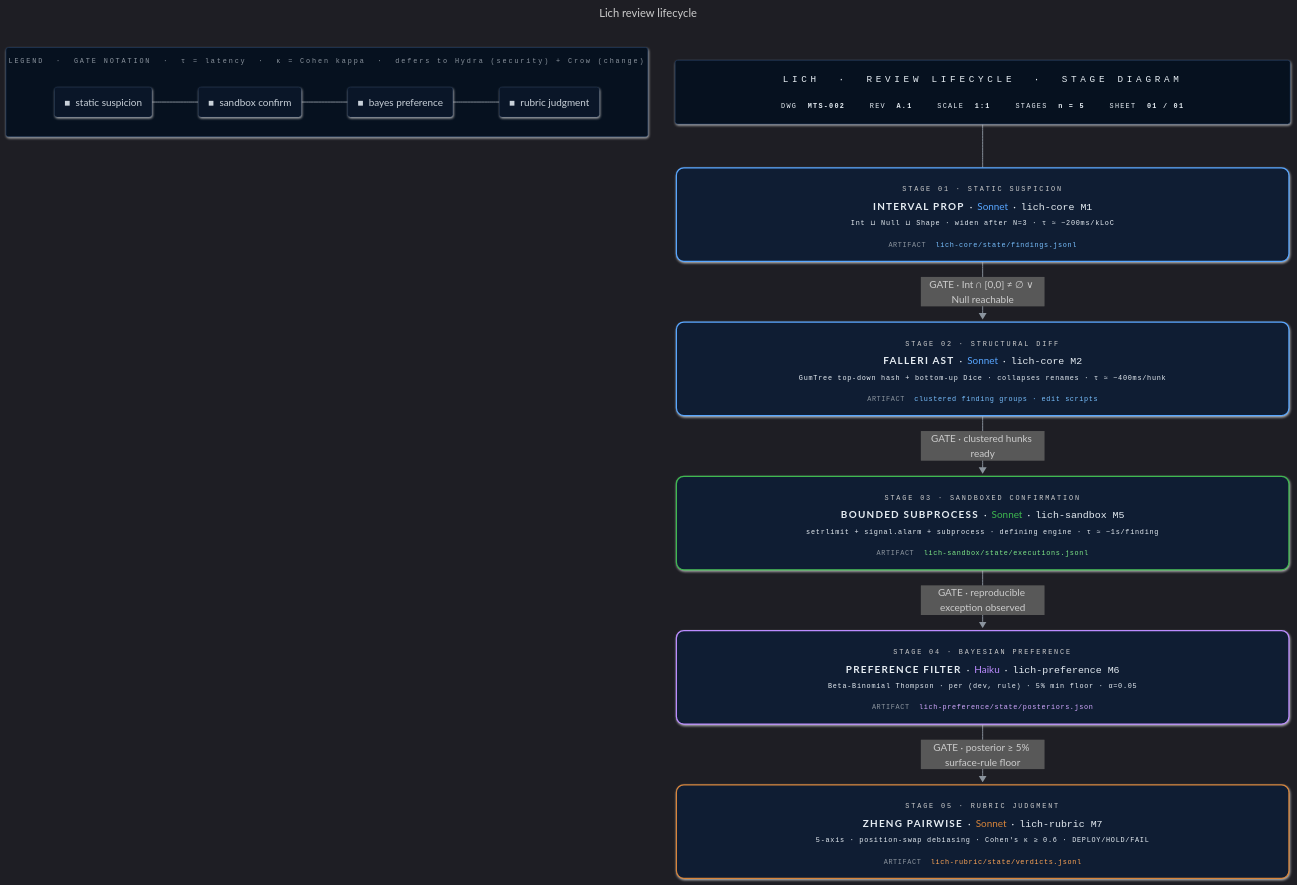
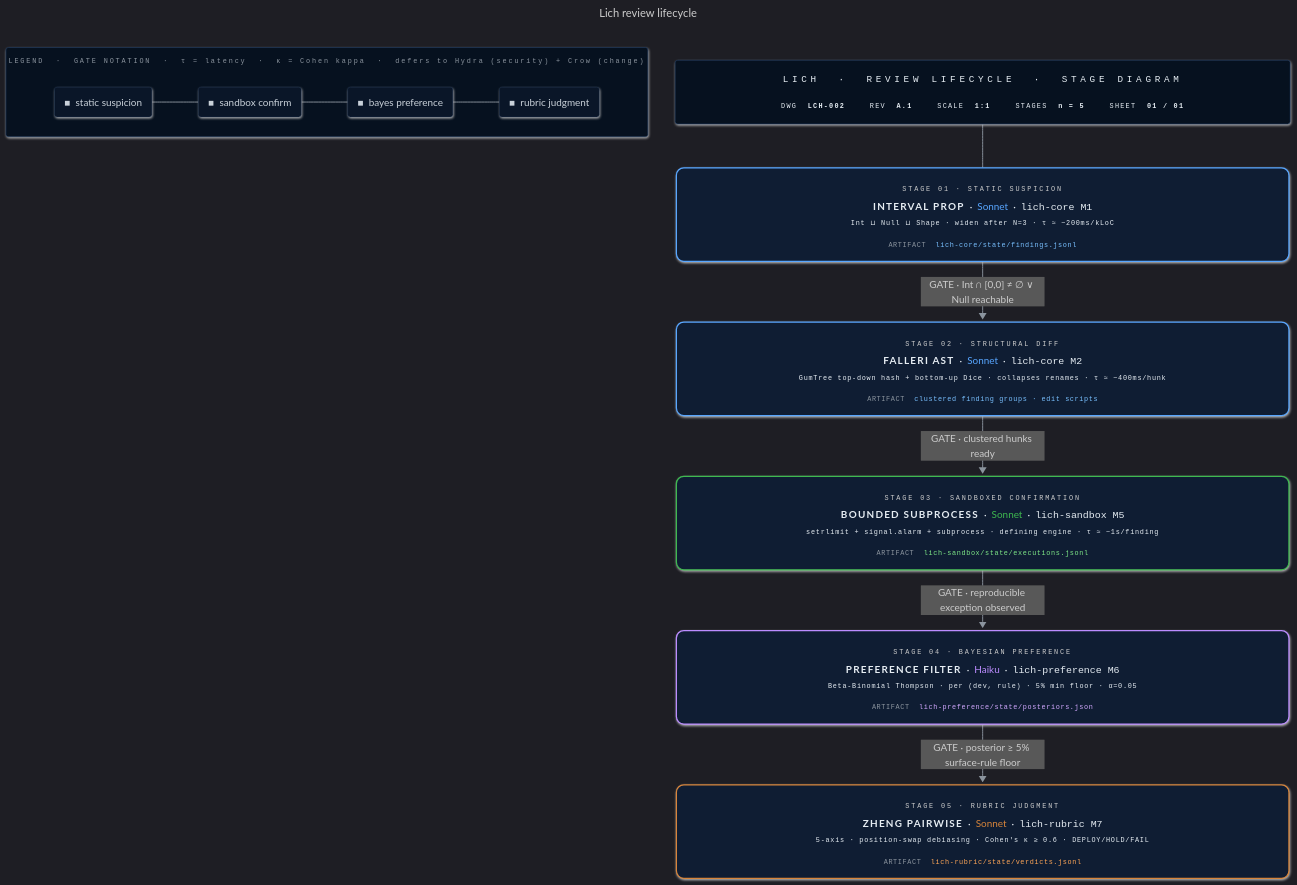
The diagram in docs/assets/lifecycle.mmd (enchanted-plugins/lich), drawn with Mermaid before and after one commit. The commit also changed 2 other files, not shown here.

Commit message:
fix: update old 3-letter drawing codes in .mmd title blocks

```diff
--- a/docs/assets/lifecycle.mmd
+++ b/docs/assets/lifecycle.mmd
@@ -1,54 +1,54 @@
 ---
 title: Lich review lifecycle
 config:
   look: neo
   theme: dark
   flowchart:
     curve: basis
     padding: 18
     nodeSpacing: 44
     rankSpacing: 50
     htmlLabels: true
     subGraphTitleMargin:
       top: 14
       bottom: 18
 ---
 flowchart TB
-    TitleBlock["<div style='font-family:ui-monospace,SFMono-Regular,Consolas,monospace;text-align:center;min-width:940px;padding:6px 10px;line-height:1.8'><div style='color:#58a6ff;font-size:15px;letter-spacing:6px;border-bottom:1px solid #1e3a5f;padding-bottom:10px;margin-bottom:10px'>LICH &nbsp;·&nbsp; REVIEW&nbsp;LIFECYCLE &nbsp;·&nbsp; STAGE&nbsp;DIAGRAM</div><div style='display:flex;gap:40px;justify-content:center;font-size:11px;color:#8b949e;letter-spacing:2px'><span>DWG&nbsp;&nbsp;<b style='color:#e6edf3'>MTS-002</b></span><span>REV&nbsp;&nbsp;<b style='color:#e6edf3'>A.1</b></span><span>SCALE&nbsp;&nbsp;<b style='color:#e6edf3'>1:1</b></span><span>STAGES&nbsp;&nbsp;<b style='color:#e6edf3'>n&nbsp;=&nbsp;5</b></span><span>SHEET&nbsp;&nbsp;<b style='color:#e6edf3'>01&nbsp;/&nbsp;01</b></span></div></div>"]
+    TitleBlock["<div style='font-family:ui-monospace,SFMono-Regular,Consolas,monospace;text-align:center;min-width:940px;padding:6px 10px;line-height:1.8'><div style='color:#58a6ff;font-size:15px;letter-spacing:6px;border-bottom:1px solid #1e3a5f;padding-bottom:10px;margin-bottom:10px'>LICH &nbsp;·&nbsp; REVIEW&nbsp;LIFECYCLE &nbsp;·&nbsp; STAGE&nbsp;DIAGRAM</div><div style='display:flex;gap:40px;justify-content:center;font-size:11px;color:#8b949e;letter-spacing:2px'><span>DWG&nbsp;&nbsp;<b style='color:#e6edf3'>LCH-002</b></span><span>REV&nbsp;&nbsp;<b style='color:#e6edf3'>A.1</b></span><span>SCALE&nbsp;&nbsp;<b style='color:#e6edf3'>1:1</b></span><span>STAGES&nbsp;&nbsp;<b style='color:#e6edf3'>n&nbsp;=&nbsp;5</b></span><span>SHEET&nbsp;&nbsp;<b style='color:#e6edf3'>01&nbsp;/&nbsp;01</b></span></div></div>"]
 
     A["<div style='text-align:center;min-width:940px;line-height:2;padding:4px 8px'><div><span style='font-family:ui-monospace,monospace;color:#8b949e;font-size:11px;letter-spacing:3px'>STAGE&nbsp;01&nbsp;·&nbsp;STATIC&nbsp;SUSPICION</span></div><div style='line-height:1.8'><b style='letter-spacing:2px'>INTERVAL&nbsp;PROP</b>&nbsp;&nbsp;·&nbsp;&nbsp;<span style='color:#58a6ff'>Sonnet</span>&nbsp;&nbsp;·&nbsp;&nbsp;<code style='color:#e6edf3'>lich-core&nbsp;M1</code></div><div style='color:#6e7681;font-size:11px;font-family:ui-monospace,monospace;letter-spacing:1.2px'>Int&nbsp;⊔&nbsp;Null&nbsp;⊔&nbsp;Shape&nbsp;·&nbsp;widen&nbsp;after&nbsp;N=3&nbsp;·&nbsp;τ&nbsp;≈&nbsp;~200ms/kLoC</div><div style='border-top:1px solid #1e3a5f;margin-top:6px;padding-top:6px;font-family:ui-monospace,monospace;font-size:11px;letter-spacing:1px'><span style='color:#8b949e'>ARTIFACT</span>&nbsp;&nbsp;<span style='color:#79c0ff'>lich-core/state/findings.jsonl</span></div></div>"]
 
     B["<div style='text-align:center;min-width:940px;line-height:2;padding:4px 8px'><div><span style='font-family:ui-monospace,monospace;color:#8b949e;font-size:11px;letter-spacing:3px'>STAGE&nbsp;02&nbsp;·&nbsp;STRUCTURAL&nbsp;DIFF</span></div><div style='line-height:1.8'><b style='letter-spacing:2px'>FALLERI&nbsp;AST</b>&nbsp;&nbsp;·&nbsp;&nbsp;<span style='color:#58a6ff'>Sonnet</span>&nbsp;&nbsp;·&nbsp;&nbsp;<code style='color:#e6edf3'>lich-core&nbsp;M2</code></div><div style='color:#6e7681;font-size:11px;font-family:ui-monospace,monospace;letter-spacing:1.2px'>GumTree&nbsp;top-down&nbsp;hash&nbsp;+&nbsp;bottom-up&nbsp;Dice&nbsp;·&nbsp;collapses&nbsp;renames&nbsp;·&nbsp;τ&nbsp;≈&nbsp;~400ms/hunk</div><div style='border-top:1px solid #1e3a5f;margin-top:6px;padding-top:6px;font-family:ui-monospace,monospace;font-size:11px;letter-spacing:1px'><span style='color:#8b949e'>ARTIFACT</span>&nbsp;&nbsp;<span style='color:#79c0ff'>clustered&nbsp;finding&nbsp;groups&nbsp;·&nbsp;edit&nbsp;scripts</span></div></div>"]
 
     C["<div style='text-align:center;min-width:940px;line-height:2;padding:4px 8px'><div><span style='font-family:ui-monospace,monospace;color:#8b949e;font-size:11px;letter-spacing:3px'>STAGE&nbsp;03&nbsp;·&nbsp;SANDBOXED&nbsp;CONFIRMATION</span></div><div style='line-height:1.8'><b style='letter-spacing:2px'>BOUNDED&nbsp;SUBPROCESS</b>&nbsp;&nbsp;·&nbsp;&nbsp;<span style='color:#3fb950'>Sonnet</span>&nbsp;&nbsp;·&nbsp;&nbsp;<code style='color:#e6edf3'>lich-sandbox&nbsp;M5</code></div><div style='color:#6e7681;font-size:11px;font-family:ui-monospace,monospace;letter-spacing:1.2px'>setrlimit&nbsp;+&nbsp;signal.alarm&nbsp;+&nbsp;subprocess&nbsp;·&nbsp;defining&nbsp;engine&nbsp;·&nbsp;τ&nbsp;≈&nbsp;~1s/finding</div><div style='border-top:1px solid #1e3a5f;margin-top:6px;padding-top:6px;font-family:ui-monospace,monospace;font-size:11px;letter-spacing:1px'><span style='color:#8b949e'>ARTIFACT</span>&nbsp;&nbsp;<span style='color:#7ee787'>lich-sandbox/state/executions.jsonl</span></div></div>"]
 
     D["<div style='text-align:center;min-width:940px;line-height:2;padding:4px 8px'><div><span style='font-family:ui-monospace,monospace;color:#8b949e;font-size:11px;letter-spacing:3px'>STAGE&nbsp;04&nbsp;·&nbsp;BAYESIAN&nbsp;PREFERENCE</span></div><div style='line-height:1.8'><b style='letter-spacing:2px'>PREFERENCE&nbsp;FILTER</b>&nbsp;&nbsp;·&nbsp;&nbsp;<span style='color:#bc8cff'>Haiku</span>&nbsp;&nbsp;·&nbsp;&nbsp;<code style='color:#e6edf3'>lich-preference&nbsp;M6</code></div><div style='color:#6e7681;font-size:11px;font-family:ui-monospace,monospace;letter-spacing:1.2px'>Beta-Binomial&nbsp;Thompson&nbsp;·&nbsp;per&nbsp;(dev,&nbsp;rule)&nbsp;·&nbsp;5%&nbsp;min&nbsp;floor&nbsp;·&nbsp;α=0.05</div><div style='border-top:1px solid #1e3a5f;margin-top:6px;padding-top:6px;font-family:ui-monospace,monospace;font-size:11px;letter-spacing:1px'><span style='color:#8b949e'>ARTIFACT</span>&nbsp;&nbsp;<span style='color:#d2a8ff'>lich-preference/state/posteriors.json</span></div></div>"]
 
     E["<div style='text-align:center;min-width:940px;line-height:2;padding:4px 8px'><div><span style='font-family:ui-monospace,monospace;color:#8b949e;font-size:11px;letter-spacing:3px'>STAGE&nbsp;05&nbsp;·&nbsp;RUBRIC&nbsp;JUDGMENT</span></div><div style='line-height:1.8'><b style='letter-spacing:2px'>ZHENG&nbsp;PAIRWISE</b>&nbsp;&nbsp;·&nbsp;&nbsp;<span style='color:#d8853b'>Sonnet</span>&nbsp;&nbsp;·&nbsp;&nbsp;<code style='color:#e6edf3'>lich-rubric&nbsp;M7</code></div><div style='color:#6e7681;font-size:11px;font-family:ui-monospace,monospace;letter-spacing:1.2px'>5-axis&nbsp;·&nbsp;position-swap&nbsp;debiasing&nbsp;·&nbsp;Cohen's&nbsp;κ&nbsp;≥&nbsp;0.6&nbsp;·&nbsp;DEPLOY/HOLD/FAIL</div><div style='border-top:1px solid #1e3a5f;margin-top:6px;padding-top:6px;font-family:ui-monospace,monospace;font-size:11px;letter-spacing:1px'><span style='color:#8b949e'>ARTIFACT</span>&nbsp;&nbsp;<span style='color:#ffa657'>lich-rubric/state/verdicts.jsonl</span></div></div>"]
 
     subgraph Legend["<div style='font-family:ui-monospace,monospace;color:#8b949e;font-size:11px;letter-spacing:3px;min-width:940px;text-align:center'>LEGEND&nbsp;&nbsp;·&nbsp;&nbsp;GATE&nbsp;NOTATION&nbsp;&nbsp;·&nbsp;&nbsp;τ&nbsp;=&nbsp;latency&nbsp;&nbsp;·&nbsp;&nbsp;κ&nbsp;=&nbsp;Cohen&nbsp;kappa&nbsp;&nbsp;·&nbsp;&nbsp;defers&nbsp;to&nbsp;Hydra&nbsp;(security)&nbsp;+&nbsp;Crow&nbsp;(change)</div>"]
         direction LR
         lg1["<span style='color:#58a6ff'>■</span>&nbsp;&nbsp;static&nbsp;suspicion"] --- lg2["<span style='color:#3fb950'>■</span>&nbsp;&nbsp;sandbox&nbsp;confirm"] --- lg3["<span style='color:#bc8cff'>■</span>&nbsp;&nbsp;bayes&nbsp;preference"] --- lg4["<span style='color:#d8853b'>■</span>&nbsp;&nbsp;rubric&nbsp;judgment"]
     end
 
     TitleBlock ~~~ A
     A ==>|"GATE · Int ∩ [0,0] ≠ ∅ ∨ Null reachable"| B
     B ==>|"GATE · clustered hunks ready"| C
     C ==>|"GATE · reproducible exception observed"| D
     D ==>|"GATE · posterior ≥ 5% surface-rule floor"| E
 
     classDef titleBlock fill:#06111f,stroke:#1e3a5f,stroke-width:1px,color:#e6edf3,rx:4,ry:4
     classDef legend fill:#06111f,stroke:#1e3a5f,stroke-width:1px,color:#8b949e,rx:4,ry:4
     classDef legendItem fill:#0a1628,stroke:#1e3a5f,stroke-width:0.5px,color:#c9d1d9,rx:4,ry:4
 
     class TitleBlock titleBlock
     class Legend legend
     class lg1,lg2,lg3,lg4 legendItem
 
     style A fill:#0f1d33,stroke:#58a6ff,stroke-width:2px,color:#e6edf3,rx:12,ry:12
     style B fill:#0f1d33,stroke:#58a6ff,stroke-width:2px,color:#e6edf3,rx:12,ry:12
     style C fill:#0f1d33,stroke:#3fb950,stroke-width:2px,color:#e6edf3,rx:12,ry:12
     style D fill:#0f1d33,stroke:#bc8cff,stroke-width:2px,color:#e6edf3,rx:12,ry:12
     style E fill:#0f1d33,stroke:#d8853b,stroke-width:2px,color:#e6edf3,rx:12,ry:12
 
     linkStyle default stroke:#8b949e,stroke-width:1.5px
```
